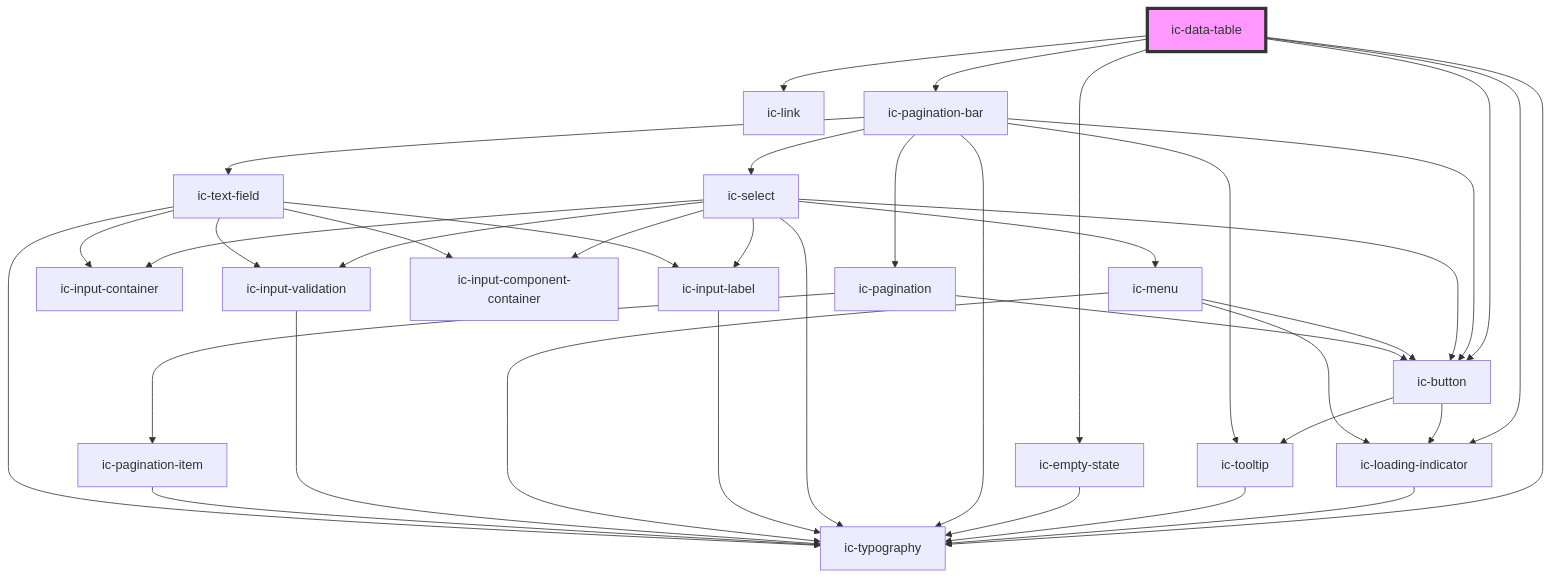
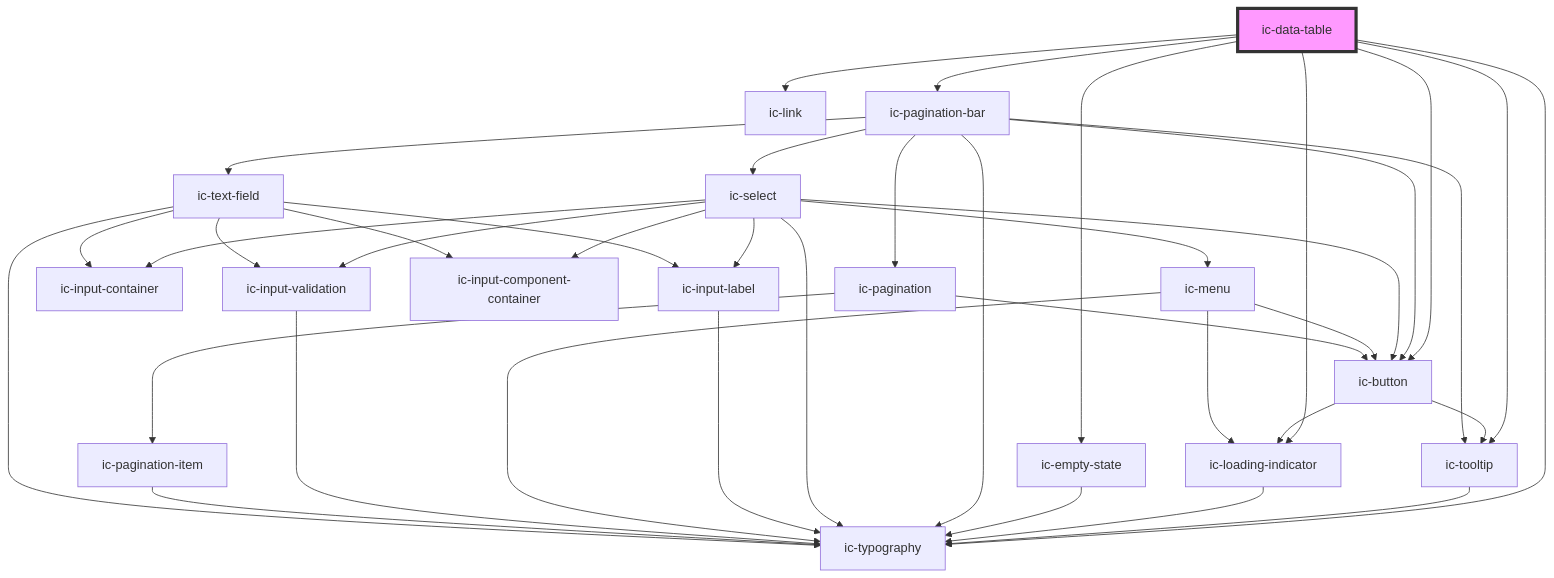
The diagram in packages/canary-web-components/src/components/ic-data-table/readme.md (ab2583/ic-ui-kit), drawn with Mermaid before and after one commit. The commit also changed other lines of this file and 103 other files, not shown here.

````diff
--- a/packages/canary-web-components/src/components/ic-data-table/readme.md
+++ b/packages/canary-web-components/src/components/ic-data-table/readme.md
@@ -82,41 +77,42 @@
 ```mermaid
 graph TD;
+  ic-data-table --> ic-tooltip
   ic-data-table --> ic-loading-indicator
   ic-data-table --> ic-typography
   ic-data-table --> ic-link
   ic-data-table --> ic-button
   ic-data-table --> ic-empty-state
   ic-data-table --> ic-pagination-bar
+  ic-tooltip --> ic-typography
   ic-loading-indicator --> ic-typography
   ic-button --> ic-loading-indicator
   ic-button --> ic-tooltip
-  ic-tooltip --> ic-typography
   ic-empty-state --> ic-typography
   ic-pagination-bar --> ic-typography
   ic-pagination-bar --> ic-select
   ic-pagination-bar --> ic-pagination
   ic-pagination-bar --> ic-tooltip
   ic-pagination-bar --> ic-text-field
   ic-pagination-bar --> ic-button
   ic-select --> ic-input-container
   ic-select --> ic-input-label
   ic-select --> ic-input-component-container
   ic-select --> ic-typography
   ic-select --> ic-button
   ic-select --> ic-menu
   ic-select --> ic-input-validation
   ic-input-label --> ic-typography
   ic-menu --> ic-loading-indicator
   ic-menu --> ic-typography
   ic-menu --> ic-button
   ic-input-validation --> ic-typography
   ic-pagination --> ic-button
   ic-pagination --> ic-pagination-item
   ic-pagination-item --> ic-typography
   ic-text-field --> ic-input-container
   ic-text-field --> ic-input-label
   ic-text-field --> ic-input-component-container
   ic-text-field --> ic-input-validation
   ic-text-field --> ic-typography
   style ic-data-table fill:#f9f,stroke:#333,stroke-width:4px
 ```
````
